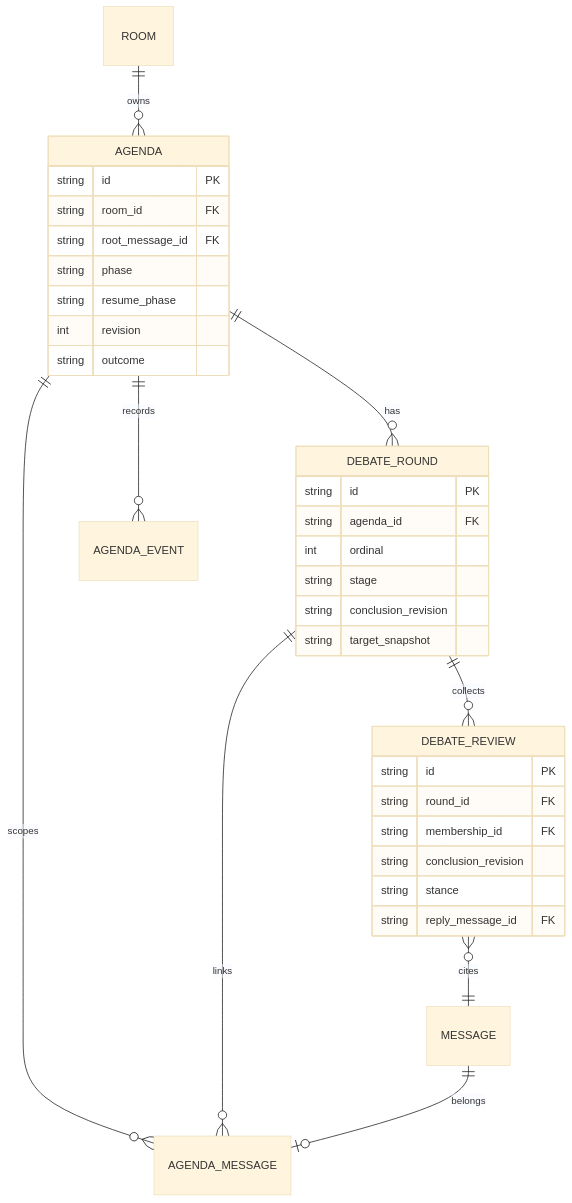
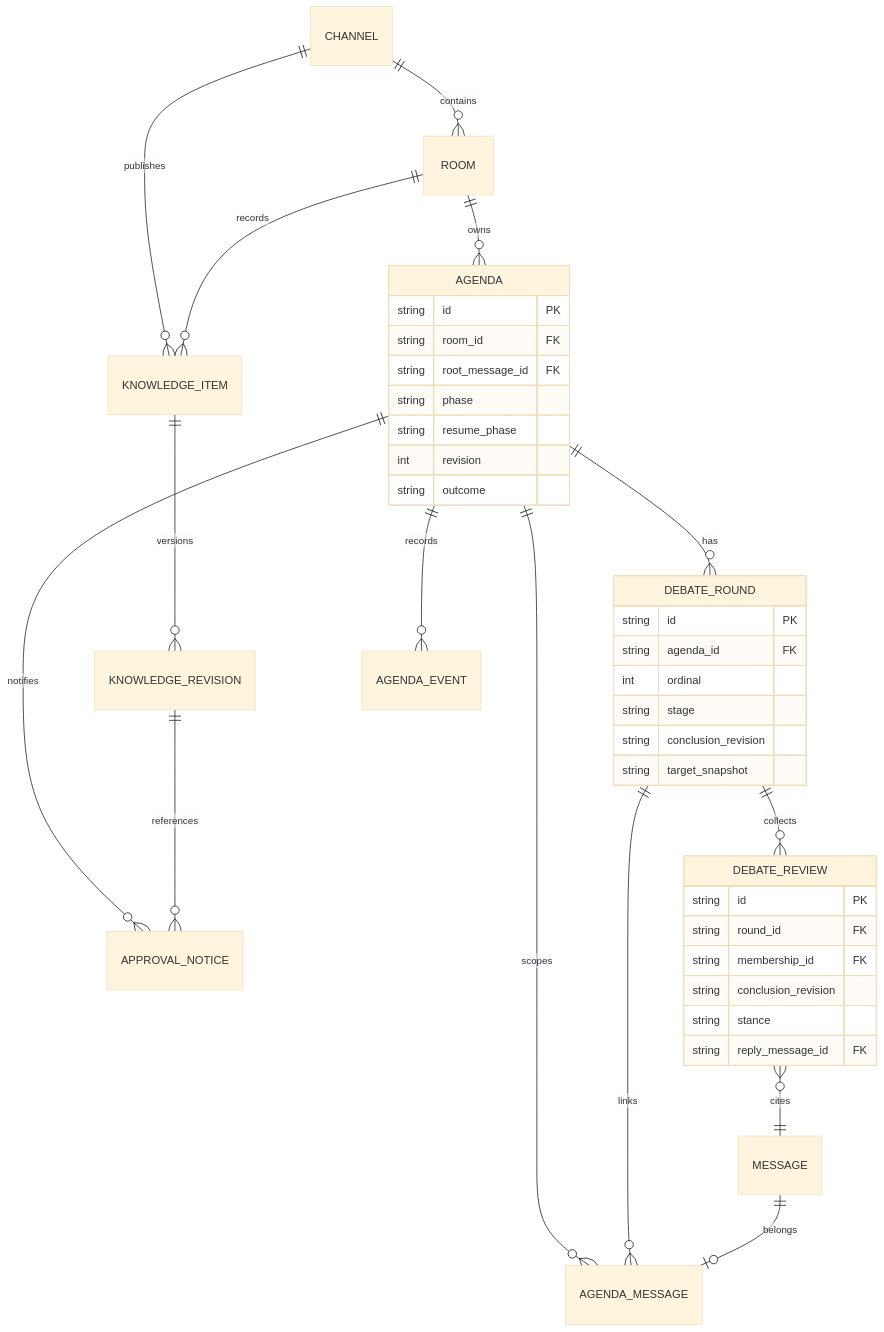
One commit to JJHbrams/inter-session-orchastrator changed the sixth of 6 diagrams in docs/design/0010-agenda-deliberation.md. Above: the diagram before and after it, drawn with Mermaid (base theme). The commit also changed other lines of this file and 2 other files, not shown here.

Commit message:
docs: scope shared knowledge to channels and discussion rooms

````diff
--- a/docs/design/0010-agenda-deliberation.md
+++ b/docs/design/0010-agenda-deliberation.md
@@ -209,36 +268,42 @@
 ```mermaid
 erDiagram
+ CHANNEL ||--o{ ROOM : contains
+ CHANNEL ||--o{ KNOWLEDGE_ITEM : publishes
  ROOM ||--o{ AGENDA : owns
+ ROOM ||--o{ KNOWLEDGE_ITEM : records
+ KNOWLEDGE_ITEM ||--o{ KNOWLEDGE_REVISION : versions
+ AGENDA ||--o{ APPROVAL_NOTICE : notifies
+ KNOWLEDGE_REVISION ||--o{ APPROVAL_NOTICE : references
  AGENDA ||--o{ DEBATE_ROUND : has
  AGENDA ||--o{ AGENDA_EVENT : records
  AGENDA ||--o{ AGENDA_MESSAGE : scopes
  DEBATE_ROUND ||--o{ DEBATE_REVIEW : collects
  DEBATE_ROUND ||--o{ AGENDA_MESSAGE : links
  MESSAGE ||--o| AGENDA_MESSAGE : belongs
  DEBATE_REVIEW }o--|| MESSAGE : cites
  AGENDA {
   string id PK
   string room_id FK
   string root_message_id FK
   string phase
   string resume_phase
   int revision
   string outcome
  }
  DEBATE_ROUND {
   string id PK
   string agenda_id FK
   int ordinal
   string stage
   string conclusion_revision
   string target_snapshot
  }
  DEBATE_REVIEW {
   string id PK
   string round_id FK
   string membership_id FK
   string conclusion_revision
   string stance
   string reply_message_id FK
  }
 ```
````
